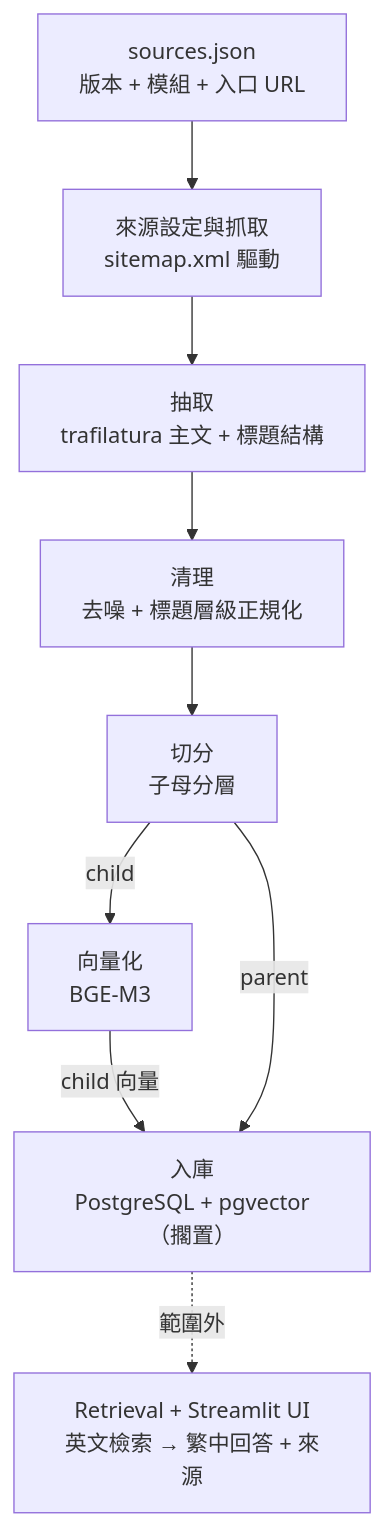
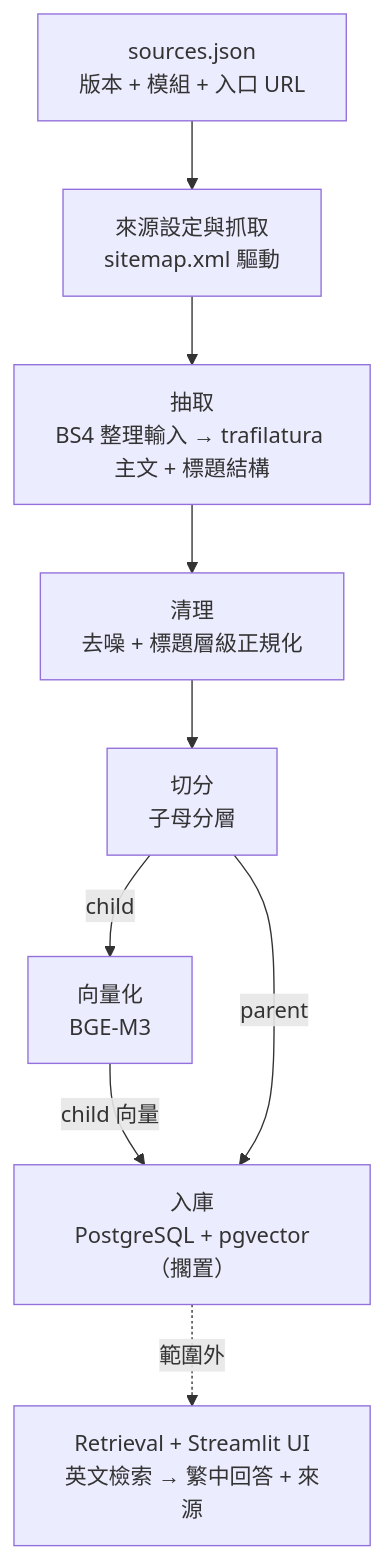
The diagram in README.md (Star-Meow/Minecraft_RAG), drawn with Mermaid before and after one commit. The commit also changed other lines of this file and 7 other files, not shown here.

````diff
--- a/README.md
+++ b/README.md
@@ -32,11 +32,11 @@
 ```mermaid
 flowchart TD
     S["sources.json<br>版本 + 模組 + 入口 URL"] --> F["來源設定與抓取<br>sitemap.xml 驅動"]
-    F --> E["抽取<br>trafilatura 主文 + 標題結構"]
+    F --> E["抽取<br>BS4 整理輸入 → trafilatura 主文 + 標題結構"]
     E --> C["清理<br>去噪 + 標題層級正規化"]
     C --> K["切分<br>子母分層"]
     K -- child --> M["向量化<br>BGE-M3"]
     M -- child 向量 --> I["入庫<br>PostgreSQL + pgvector（擱置）"]
     K -- parent --> I
     I -.範圍外.-> R["Retrieval + Streamlit UI<br>英文檢索 → 繁中回答 + 來源"]
 ```
````
